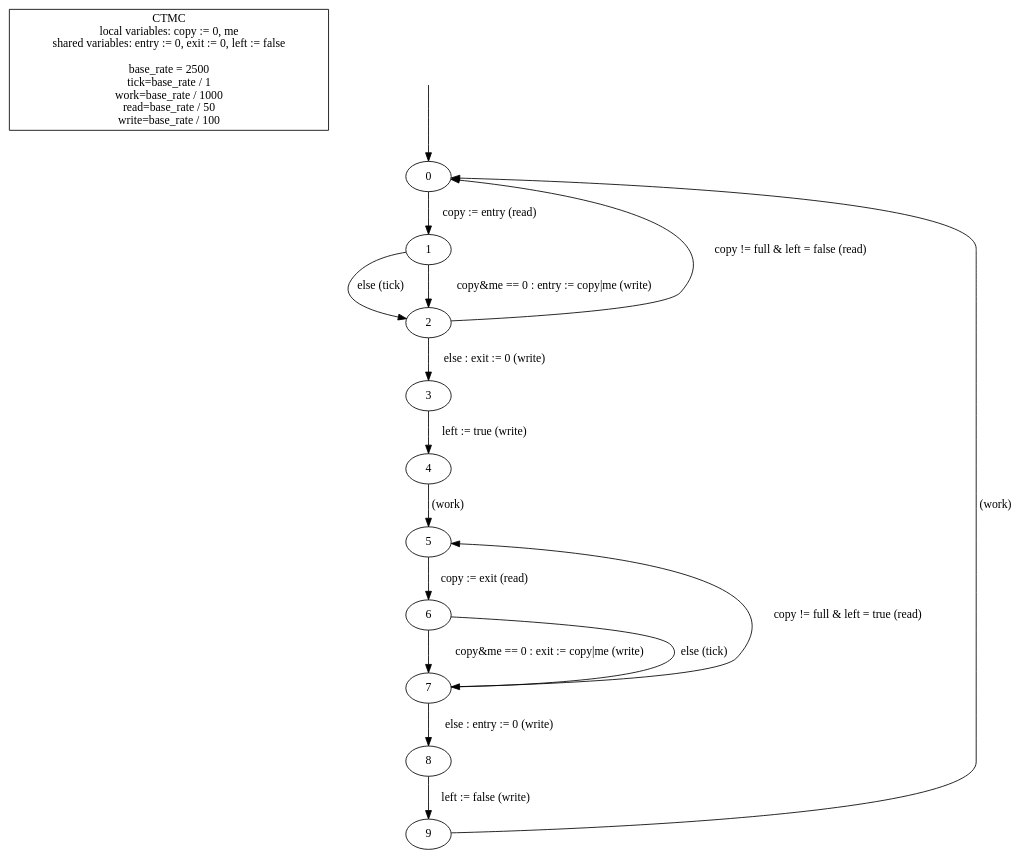
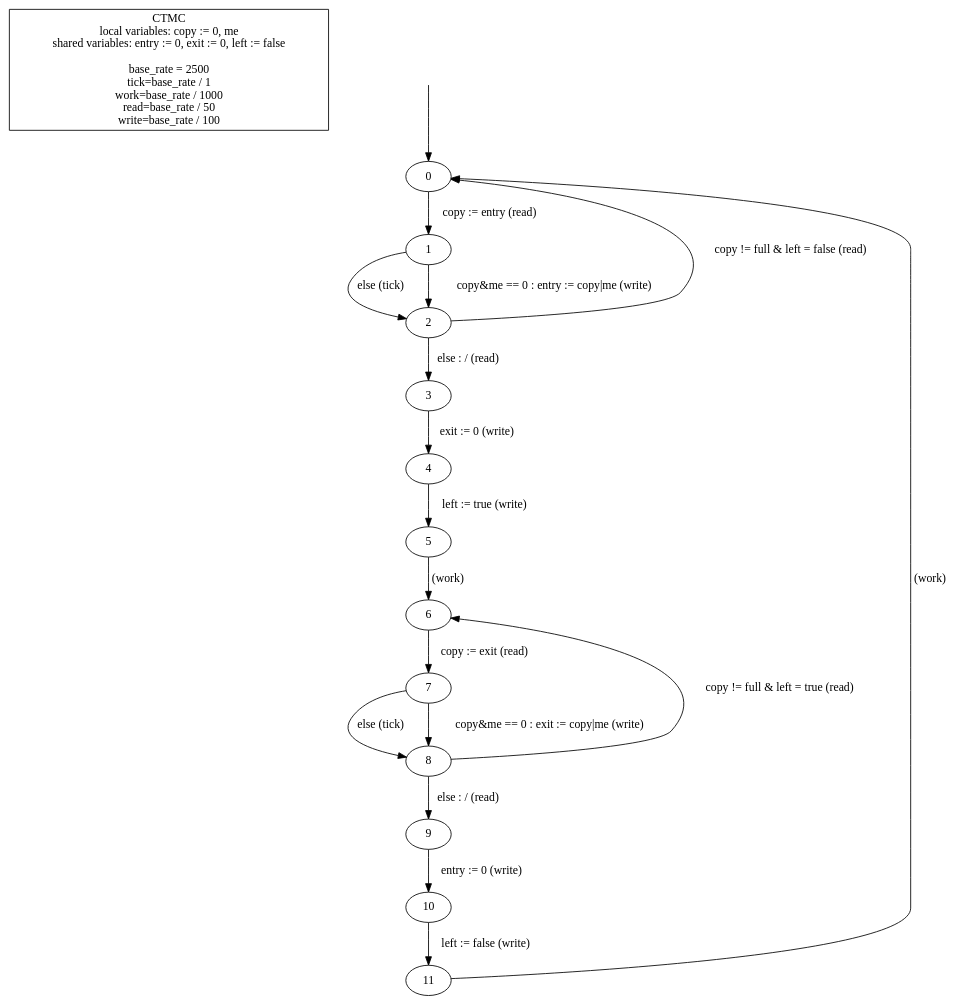
The diagram in barrier-attempt/model-prism-ctmc/model.dot (hydroo/minor-thesis-barriers), drawn with Graphviz before and after one commit. The commit also changed 1 other file, not shown here.

Commit message:
split loop foot into two transitions to model the read and write "in isolation" / correctly

```diff
--- a/barrier-attempt/model-prism-ctmc/model.dot
+++ b/barrier-attempt/model-prism-ctmc/model.dot
@@ -1,27 +1,29 @@
 digraph {
 
 	"CTMC\nlocal variables: copy := 0, me\nshared variables: entry := 0, exit := 0, left := false\n\nbase_rate = 2500\ntick=base_rate / 1\nwork=base_rate / 1000\nread=base_rate / 50\nwrite=base_rate / 100" [nojustify=true, shape=box]
 
 	initial_state_source [style=invis]
 	initial_state_source -> "0"
 
 	"0" -> "1" [weight=10, label="copy := entry (read)"]
 	"1" -> "2" [label="else (tick)"]
 	"1" -> "2" [weight=10, label="copy&me == 0 : entry := copy|me (write)"]
 
 	"2" -> "0" [label="copy != full & left = false (read)"]
-	"2" -> "3" [weight=10, label="else : exit := 0 (write)"]
-	"3" -> "4" [weight=10, label="left := true (write)"]
+	"2" -> "3" [weight=10, label="else : / (read)"]
+	"3" -> "4" [weight=10, label="exit := 0 (write)"]
+	"4" -> "5" [weight=10, label="left := true (write)"]
 
-	"4" -> "5" [weight=10, label="(work)"]
+	"5" -> "6" [weight=10, label="(work)"]
 
-	"5" -> "6" [weight=10, label="copy := exit (read)"]
-	"6" -> "7" [weight=10, label="copy&me == 0 : exit := copy|me (write)"]
-	"6" -> "7" [label="else (tick)"]
+	"6" -> "7" [weight=10, label="copy := exit (read)"]
+	"7" -> "8" [label="else (tick)"]
+	"7" -> "8" [weight=10, label="copy&me == 0 : exit := copy|me (write)"]
 
-	"7" -> "5" [label="copy != full & left = true (read)"]
-	"7" -> "8" [weight=10, label="else : entry := 0 (write)"]
-	"8" -> "9" [weight=10, label="left := false (write)"]
+	"8" -> "6" [label="copy != full & left = true (read)"]
+	"8" -> "9" [weight=10, label="else : / (read)"]
+	"9" -> "10" [weight=10, label="entry := 0 (write)"]
+	"10" -> "11" [weight=10, label="left := false (write)"]
 
-	"9" -> "0" [label="(work)"]
+	"11" -> "0" [label="(work)"]
 }
```
